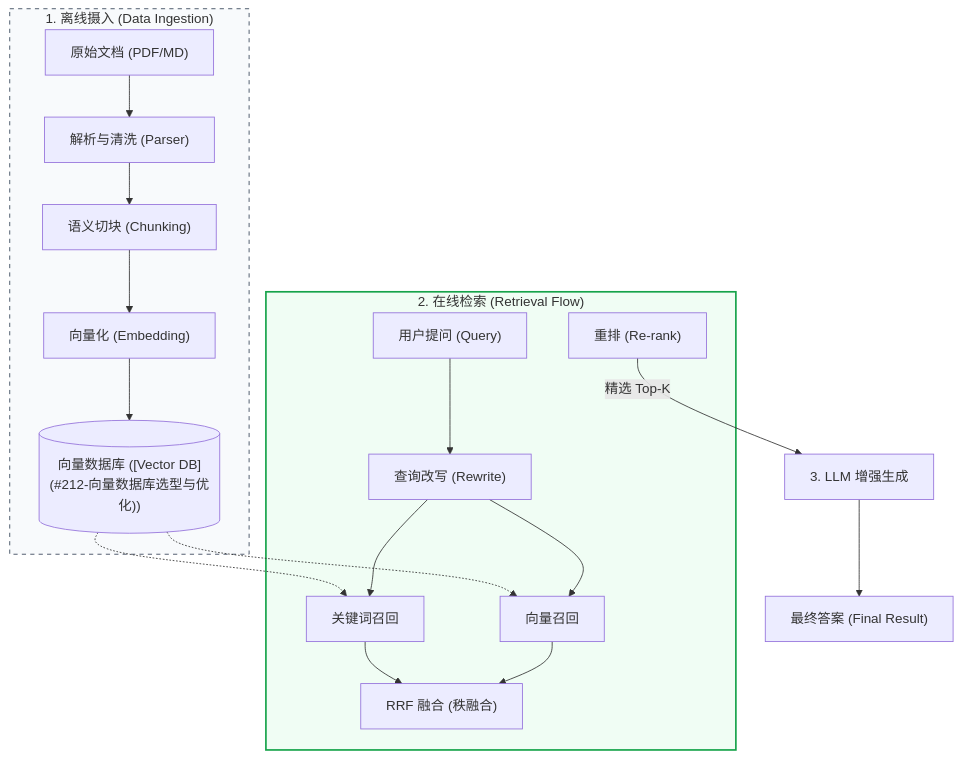
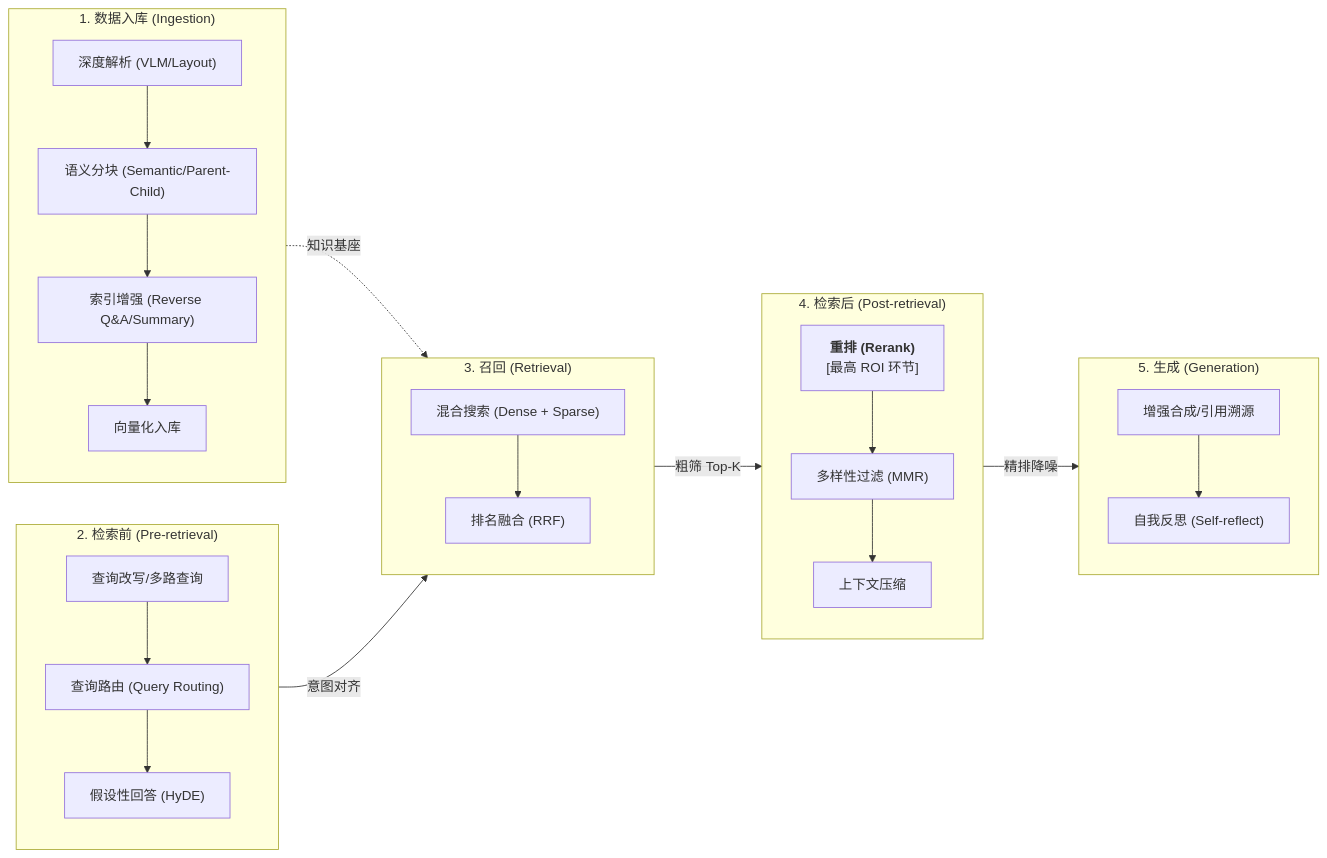
One commit to wangchong2023/ai-learning changed diagram 16 of 31 in doc/AI_Knowledge_Roadmap.md. Above: the diagram before and after it, drawn with Mermaid. The commit also changed other lines of this file, not shown here.

````diff
--- a/doc/AI_Knowledge_Roadmap.md
+++ b/doc/AI_Knowledge_Roadmap.md
@@ -846,29 +981,32 @@
 ```mermaid
-graph TD
-    %% 离线摄入
-    subgraph Ingestion ["1. 离线摄入 (Data Ingestion)"]
-        D["原始文档 (PDF/MD)"] --> P["解析与清洗 (Parser)"]
-        P --> S["语义切块 (Chunking)"]
-        S --> E["向量化 (Embedding)"]
-        E --> DB[("向量数据库 ([Vector DB](#212-向量数据库选型与优化))")]
+graph LR
+    subgraph S1 ["1. 数据入库 (Ingestion)"]
+        direction TB
+        Parsing["深度解析 (VLM/Layout)"] --> Chunking["语义分块 (Semantic/Parent-Child)"]
+        Chunking --> Indexing["索引增强 (Reverse Q&A/Summary)"]
+        Indexing --> Embedding["向量化入库"]
     end
 
-    %% 在线检索
-    subgraph QueryFlow ["2. 在线检索 (Retrieval Flow)"]
-        UserQuery["用户提问 (Query)"] --> Rewrite["查询改写 (Rewrite)"]
-        Rewrite --> Dense["向量召回"]
-        Rewrite --> Keyword["关键词召回"]
-        Dense & Keyword --> RRF["RRF 融合 (秩融合)"]
-        Rerank["重排 (Re-rank)"]
+    subgraph S2 ["2. 检索前 (Pre-retrieval)"]
+        Rewrite["查询改写/多路查询"] --> Routing["查询路由 (Query Routing)"]
+        Routing --> HyDE["假设性回答 (HyDE)"]
     end
 
-    DB -.-> Dense
-    DB -.-> Keyword
+    subgraph S3 ["3. 召回 (Retrieval)"]
+        Hybrid["混合搜索 (Dense + Sparse)"] --> RRF["排名融合 (RRF)"]
+    end
 
-    %% 生成阶段
-    Rerank -- "精选 Top-K" --> LLM["3. LLM 增强生成"]
-    LLM --> Final["最终答案 (Final Result)"]
+    subgraph S4 ["4. 检索后 (Post-retrieval)"]
+        Rerank["<b>重排 (Rerank)</b><br/>[最高 ROI 环节]"] --> Filter["多样性过滤 (MMR)"]
+        Filter --> Compress["上下文压缩"]
+    end
 
-    style Ingestion fill:#f8fafc,stroke:#334155,stroke-dasharray: 5 5
-    style QueryFlow fill:#f0fdf4,stroke:#16a34a,stroke-width:2px
+    subgraph S5 ["5. 生成 (Generation)"]
+        Synthesis["增强合成/引用溯源"] --> Reflect["自我反思 (Self-reflect)"]
+    end
+
+    S1 -. "知识基座" .-> S3
+    S2 -- "意图对齐" --> S3
+    S3 -- "粗筛 Top-K" --> S4
+    S4 -- "精排降噪" --> S5
 ```
````
